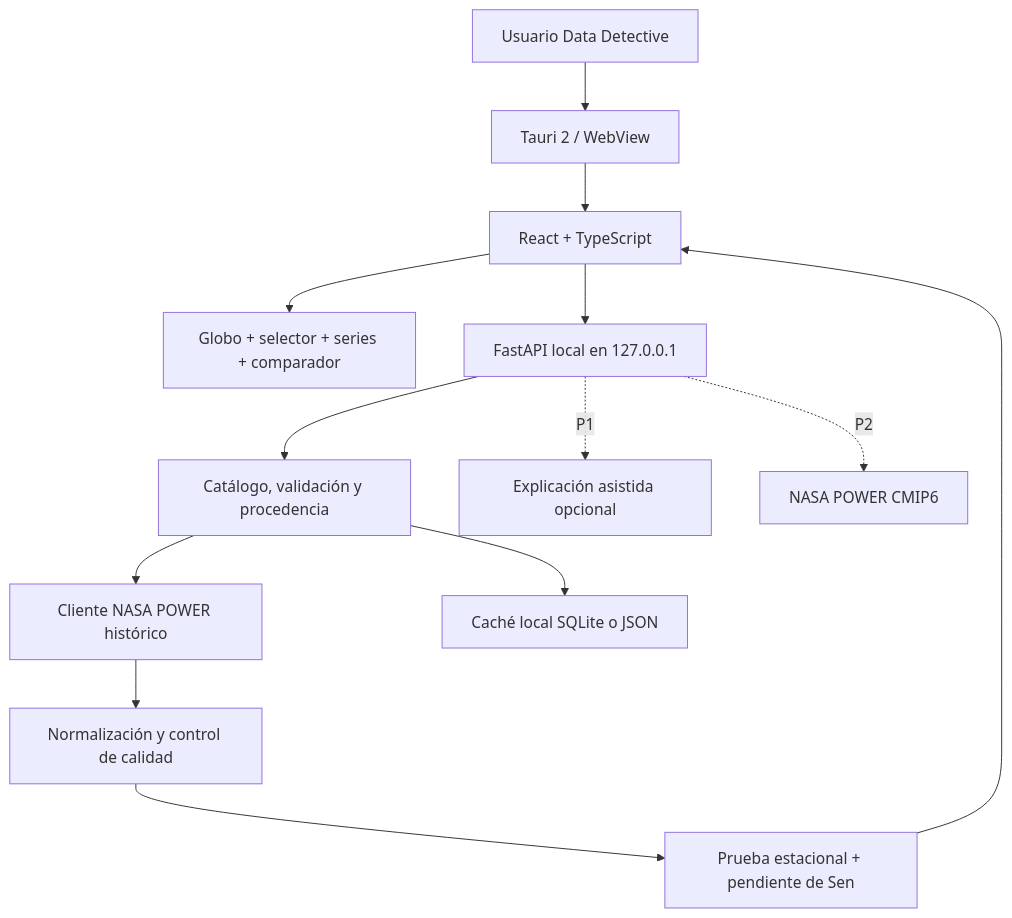
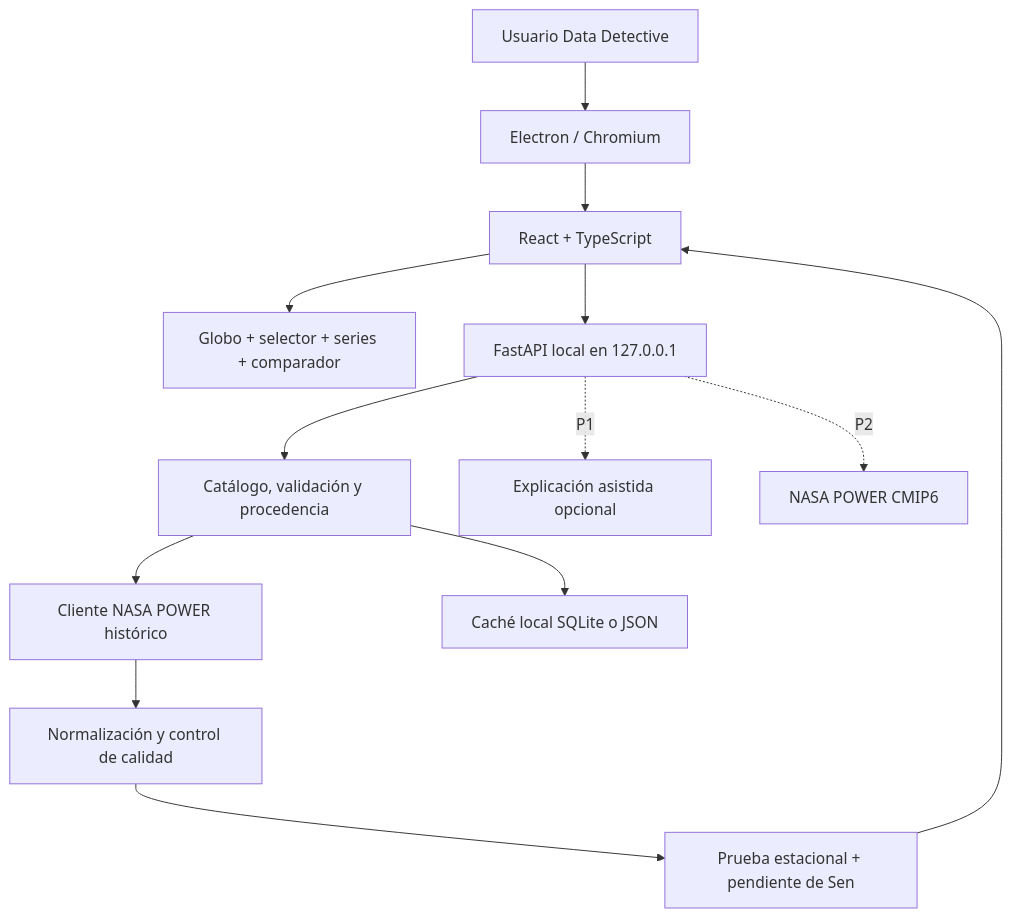
The first of 2 diagrams in ROADMAP_TPBD.md (nastex123/tpbd), drawn with Mermaid before and after one commit. The commit also changed other lines of this file and 11 other files, not shown here.

```diff
--- a/ROADMAP_TPBD.md
+++ b/ROADMAP_TPBD.md
@@ -67,15 +67,15 @@
 ~~~mermaid
 flowchart TD
-    U[Usuario Data Detective] --> T[Tauri 2 / WebView]
+    U[Usuario Data Detective] --> T[Electron / Chromium]
     T --> R[React + TypeScript]
     R --> V[Globo + selector + series + comparador]
     R --> F[FastAPI local en 127.0.0.1]
     F --> C[Catálogo, validación y procedencia]
     C --> D[Cliente NASA POWER histórico]
     C --> K[Caché local SQLite o JSON]
     D --> N[Normalización y control de calidad]
     N --> S[Prueba estacional + pendiente de Sen]
     S --> R
     F -. P1 .-> A[Explicación asistida opcional]
     F -. P2 .-> P[NASA POWER CMIP6]
 ~~~
```
